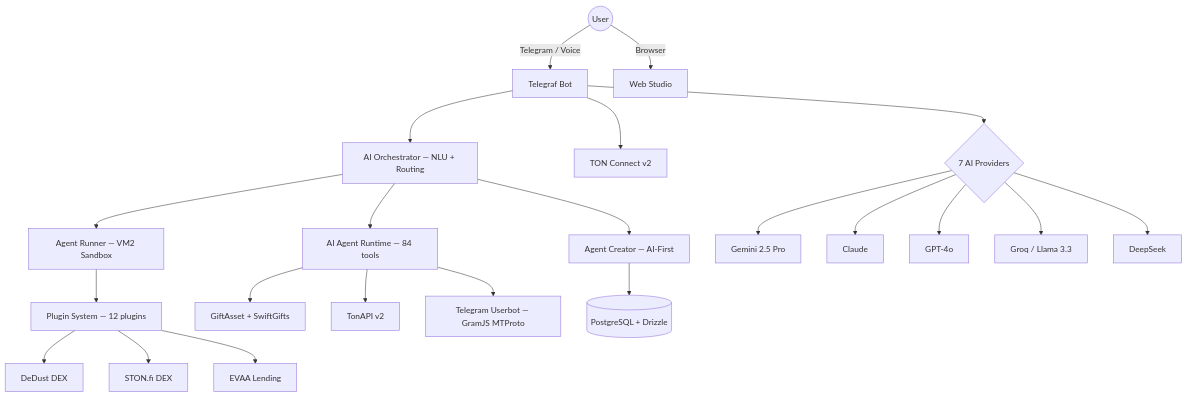
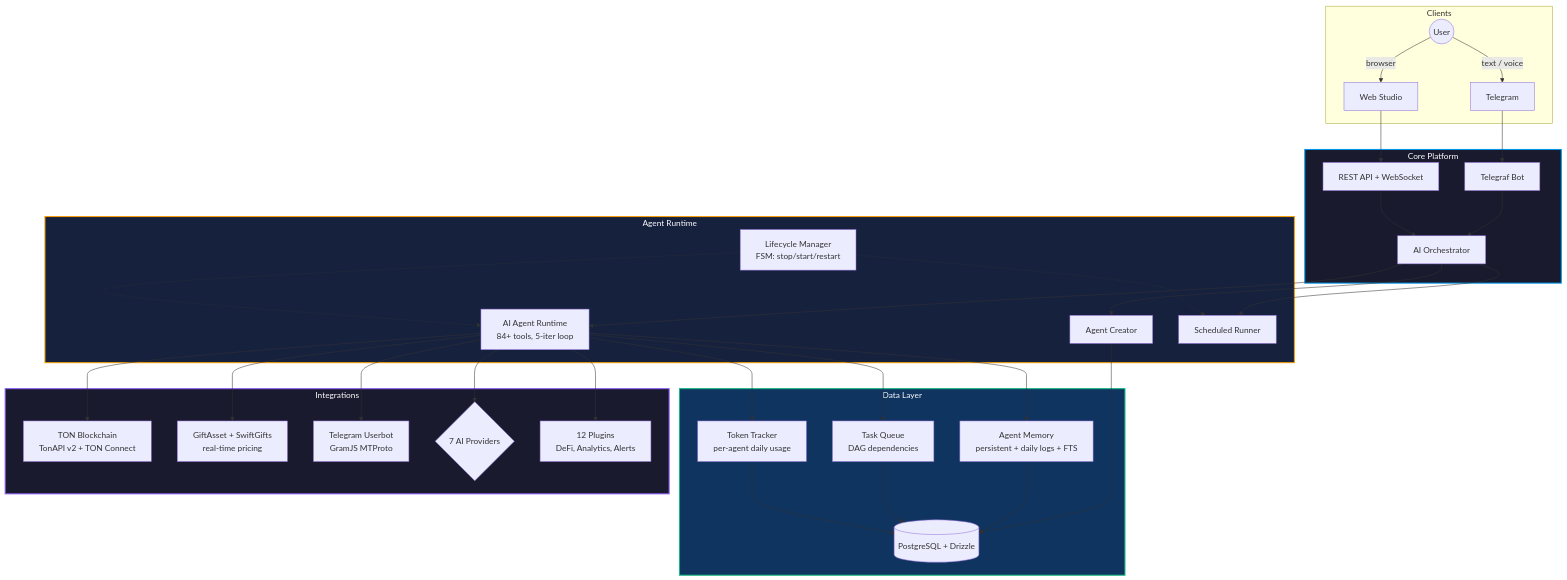
The diagram in README.md (uheartattack/TonAgentPlatform), drawn with Mermaid before and after one commit. The commit also changed other lines of this file and 4 other files, not shown here.

````diff
--- a/README.md
+++ b/README.md
@@ -82,24 +89,52 @@
 ```mermaid
 graph TB
-    User((User)) -->|Telegram / Voice| Bot[Telegraf Bot]
-    User -->|Browser| Studio[Web Studio]
-    Bot --> Orchestrator[AI Orchestrator — NLU + Routing]
-    Orchestrator --> Creator[Agent Creator — AI-First]
-    Orchestrator --> AIRuntime[AI Agent Runtime — 84 tools]
-    Orchestrator --> Runner[Agent Runner — VM2 Sandbox]
-    Runner --> Plugins[Plugin System — 12 plugins]
-    AIRuntime --> GiftAsset[GiftAsset + SwiftGifts]
-    AIRuntime --> TonAPI[TonAPI v2]
-    AIRuntime --> Userbot[Telegram Userbot — GramJS MTProto]
-    Plugins --> DeDust[DeDust DEX]
-    Plugins --> STON[STON.fi DEX]
-    Plugins --> EVAA[EVAA Lending]
-    Creator --> DB[(PostgreSQL + Drizzle)]
-    Bot --> TonConnect[TON Connect v2]
-    Bot --> MultiProvider{7 AI Providers}
-    MultiProvider --> Gemini[Gemini 2.5 Pro]
-    MultiProvider --> Claude[Claude]
-    MultiProvider --> GPT[GPT-4o]
-    MultiProvider --> Groq[Groq / Llama 3.3]
-    MultiProvider --> DeepSeek[DeepSeek]
+    subgraph Clients
+        User((User))
+        TG[Telegram]
+        Web[Web Studio]
+    end
+
+    subgraph Core["Core Platform"]
+        Bot[Telegraf Bot]
+        API[REST API + WebSocket]
+        Orch[AI Orchestrator]
+    end
+
+    subgraph Agents["Agent Runtime"]
+        Creator[Agent Creator]
+        Runtime[AI Agent Runtime<br/>84+ tools, 5-iter loop]
+        Runner[Scheduled Runner]
+        Lifecycle[Lifecycle Manager<br/>FSM: stop/start/restart]
+    end
+
+    subgraph Data["Data Layer"]
+        DB[(PostgreSQL + Drizzle)]
+        Memory[Agent Memory<br/>persistent + daily logs + FTS]
+        Tasks[Task Queue<br/>DAG dependencies]
+        Tokens[Token Tracker<br/>per-agent daily usage]
+    end
+
+    subgraph Integrations
+        TON[TON Blockchain<br/>TonAPI v2 + TON Connect]
+        Gifts[GiftAsset + SwiftGifts<br/>real-time pricing]
+        Userbot[Telegram Userbot<br/>GramJS MTProto]
+        AI{7 AI Providers}
+        Plugins[12 Plugins<br/>DeFi, Analytics, Alerts]
+    end
+
+    User -->|text / voice| TG --> Bot
+    User -->|browser| Web --> API
+    Bot --> Orch
+    API --> Orch
+    Orch --> Creator & Runtime & Runner
+    Runtime --> TON & Gifts & Userbot & AI & Plugins
+    Creator --> DB
+    Runtime --> Memory & Tasks & Tokens
+    Lifecycle -.-> Runtime & Runner
+    Memory & Tasks & Tokens --> DB
+
+    style Core fill:#1a1a2e,stroke:#0098EA,stroke-width:2px,color:#fff
+    style Agents fill:#16213e,stroke:#f59e0b,stroke-width:2px,color:#fff
+    style Data fill:#0f3460,stroke:#10b981,stroke-width:2px,color:#fff
+    style Integrations fill:#1a1a2e,stroke:#8b5cf6,stroke-width:2px,color:#fff
 ```
````
